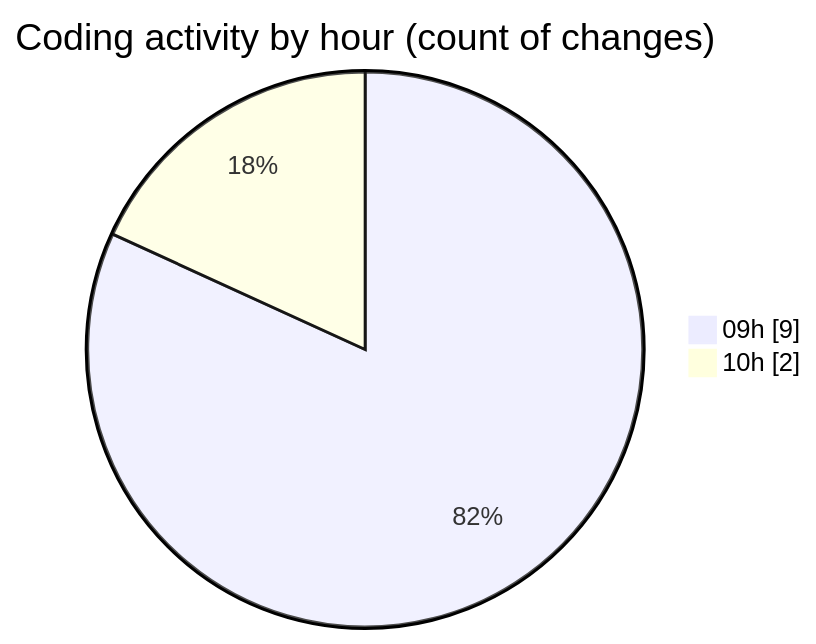
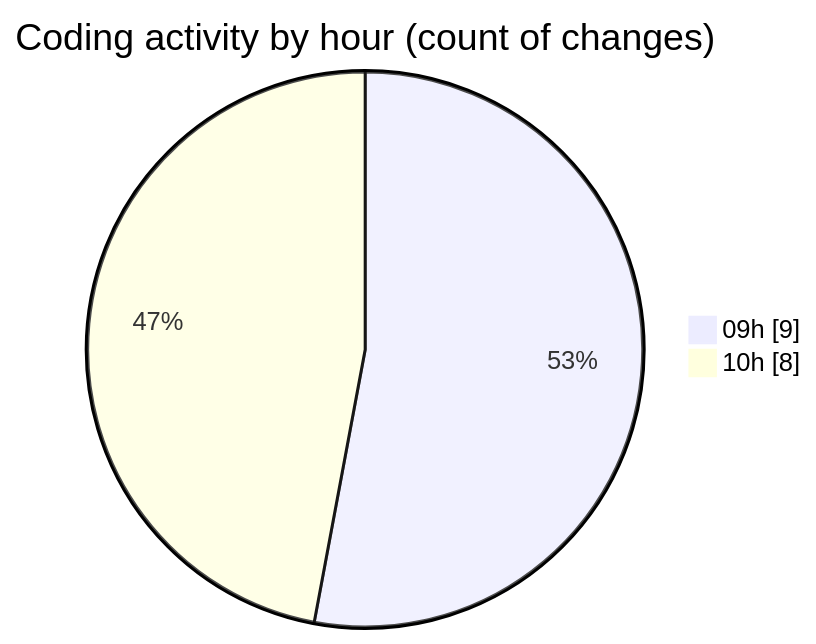
Before and after one commit to BS-eng2023/code-tracking: the second of 2 diagrams in 2025-05-08/react/README.md, drawn with Mermaid. The commit also changed other lines of this file and 1 other file, not shown here.

````diff
--- a/2025-05-08/react/README.md
+++ b/2025-05-08/react/README.md
@@ -33,6 +36,6 @@
 ```mermaid
 pie showData
 title Coding activity by hour (count of changes)
 "09h" : 9
-"10h" : 2
+"10h" : 8
 ```
````
